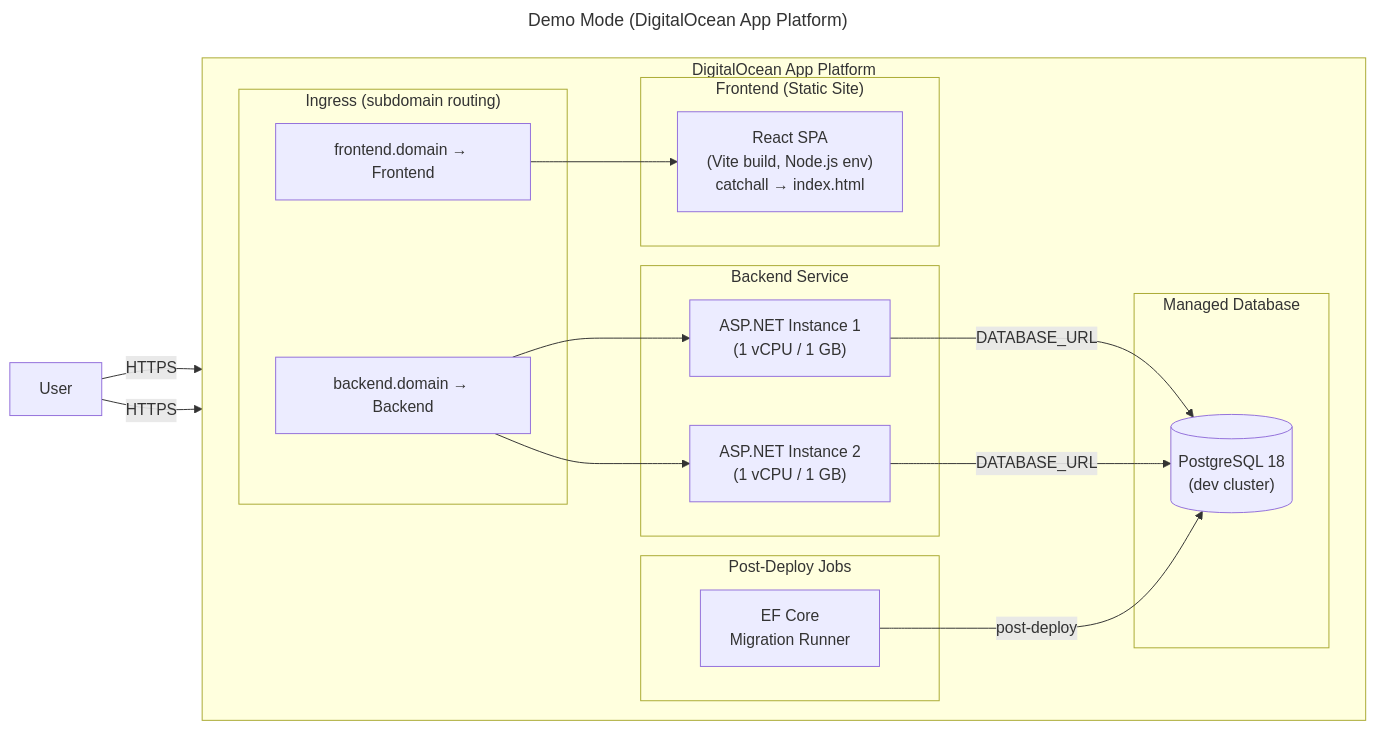
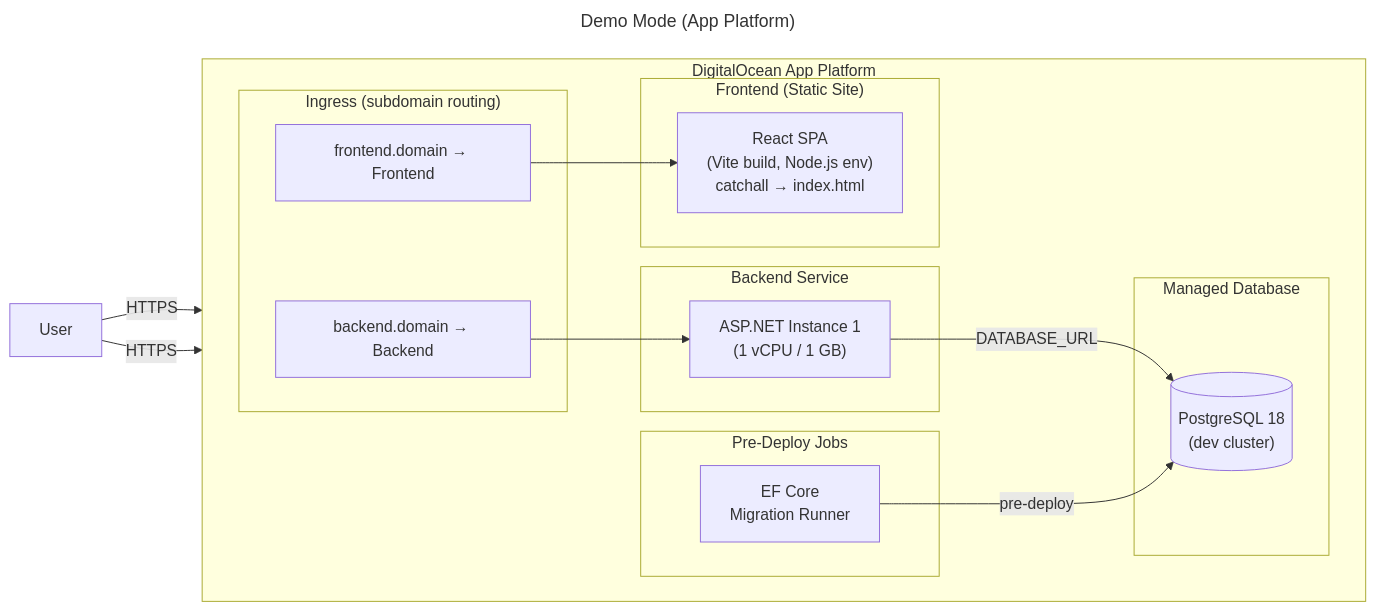
One commit to clofour/nordar changed the first of 2 diagrams in README.md. Above: the diagram before and after it, drawn with Mermaid. The commit also changed other lines of this file, not shown here.

Commit message:
Update architecture diagrams in README

````diff
--- a/README.md
+++ b/README.md
@@ -72,42 +72,39 @@
 ```mermaid
 ---
-title: "Demo Mode (DigitalOcean App Platform)"
+title: "Demo Mode (App Platform)"
 ---
 graph LR
     User["User"]
 
     subgraph DO["DigitalOcean App Platform"]
         direction LR
 
         subgraph Ingress["Ingress (subdomain routing)"]
             FrontendRule["frontend.domain → Frontend"]
             BackendRule["backend.domain → Backend"]
         end
 
         subgraph Frontend["Frontend (Static Site)"]
             StaticSite["React SPA\n(Vite build, Node.js env)\ncatchall → index.html"]
         end
 
         subgraph BackendTier["Backend Service"]
             Backend1["ASP.NET Instance 1\n(1 vCPU / 1 GB)"]
-            Backend2["ASP.NET Instance 2\n(1 vCPU / 1 GB)"]
         end
 
-        subgraph Jobs["Post-Deploy Jobs"]
+        subgraph Jobs["Pre-Deploy Jobs"]
             Migration["EF Core\nMigration Runner"]
         end
 
         subgraph Data["Managed Database"]
             PG[("PostgreSQL 18\n(dev cluster)")]
         end
     end
 
     User -- "HTTPS" --> FrontendRule
     User -- "HTTPS" --> BackendRule
     FrontendRule --> StaticSite
     BackendRule --> Backend1
-    BackendRule --> Backend2
     Backend1 -- "DATABASE_URL" --> PG
-    Backend2 -- "DATABASE_URL" --> PG
-    Migration -- "post-deploy" --> PG
+    Migration -- "pre-deploy" --> PG
 ```
````
